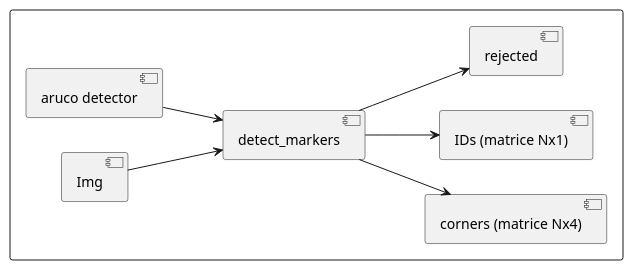
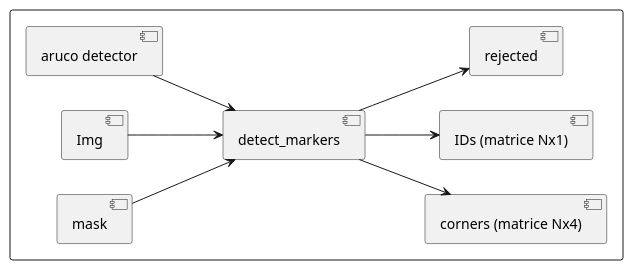
One commit to noegame/picam changed the first of 7 diagrams in lab/doc.md. Above: the diagram before and after it, drawn with PlantUML. The commit also changed other lines of this file and 2 other files, not shown here.

````diff
--- a/lab/doc.md
+++ b/lab/doc.md
@@ -5,12 +5,13 @@
 ```plantuml
 @startuml
 left to right direction
 rectangle {
     [aruco detector] --> [detect_markers]
     [Img] --> [detect_markers]
+    [mask]  --> [detect_markers]
     [detect_markers] --> [corners (matrice Nx4)]
     [detect_markers] --> [IDs (matrice Nx1)]
     [detect_markers] --> [rejected]
 }
 @enduml
 ```
````
